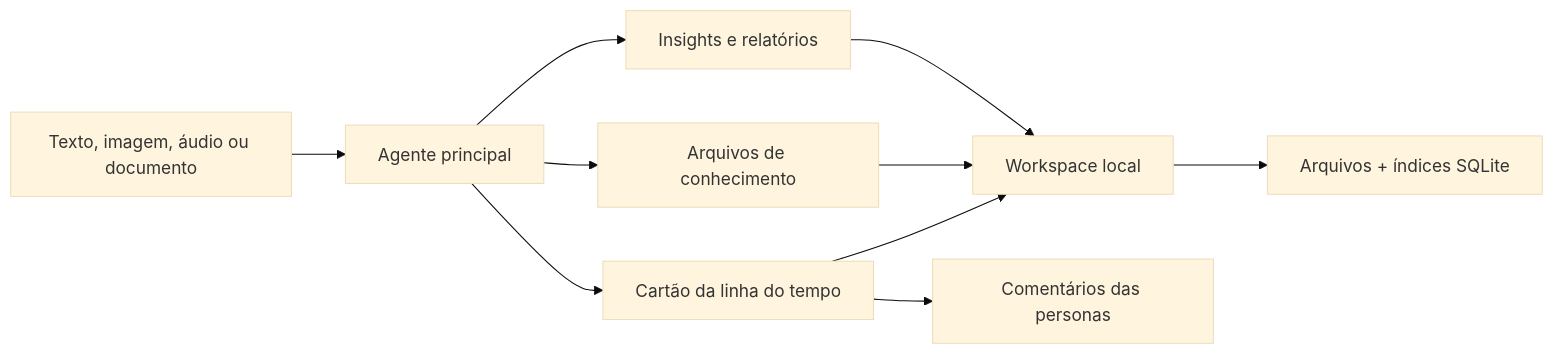
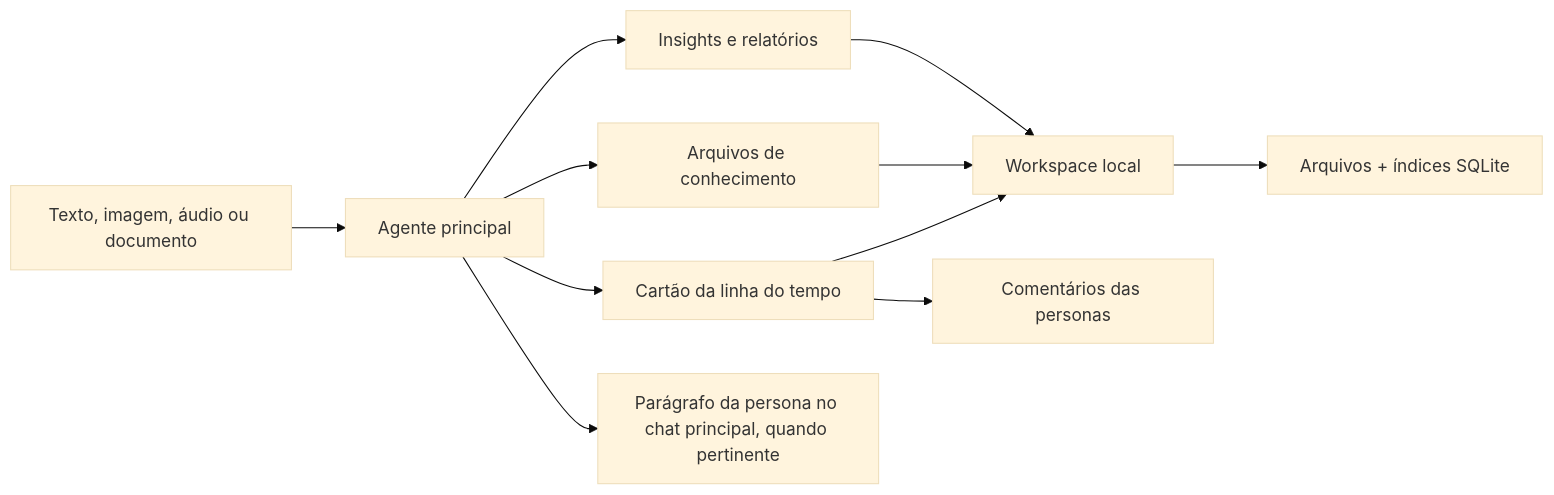
Before and after one commit to playertwo1/segundamente-app: the diagram in README.md, drawn with Mermaid (base theme). The commit also changed other lines of this file and 139 other files, not shown here.

````diff
--- a/README.md
+++ b/README.md
@@ -44,12 +54,13 @@
 ```mermaid
 flowchart LR
     A[Texto, imagem, áudio ou documento] --> B[Agente principal]
     B --> C[Cartão da linha do tempo]
     B --> D[Arquivos de conhecimento]
     B --> E[Insights e relatórios]
+    B --> I[Parágrafo da persona no chat principal, quando pertinente]
     C --> F[Workspace local]
     D --> F
     E --> F
     F --> G[Arquivos + índices SQLite]
     C --> H[Comentários das personas]
 ```
````
